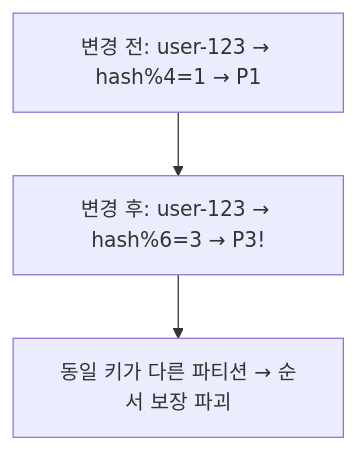
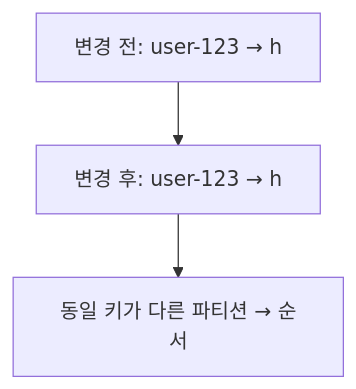
Before and after one commit to yjkim2015/yjkim2015.github.io: the seventh of 21 diagrams in _posts/kafka/2026-05-01-kafka-extreme-scenarios.md, drawn with Mermaid. The commit also changed other lines of this file and 271 other files, not shown here.

First line of the commit message:
Mermaid 라벨 축소: 긴 노드 텍스트 18자 이하로 트림 + \n 제거

````diff
--- a/_posts/kafka/2026-05-01-kafka-extreme-scenarios.md
+++ b/_posts/kafka/2026-05-01-kafka-extreme-scenarios.md
@@ -220,5 +220,5 @@
 ```mermaid
 graph TD
-    K1["변경 전: user-123 → hash%4=1 → P1"] --> K2["변경 후: user-123 → hash%6=3 → P3!"]
-    K2 --> NOTE["동일 키가 다른 파티션 → 순서 보장 파괴"]
+    K1["변경 전: user-123 → h"] --> K2["변경 후: user-123 → h"]
+    K2 --> NOTE["동일 키가 다른 파티션 → 순서"]
 ```
````
